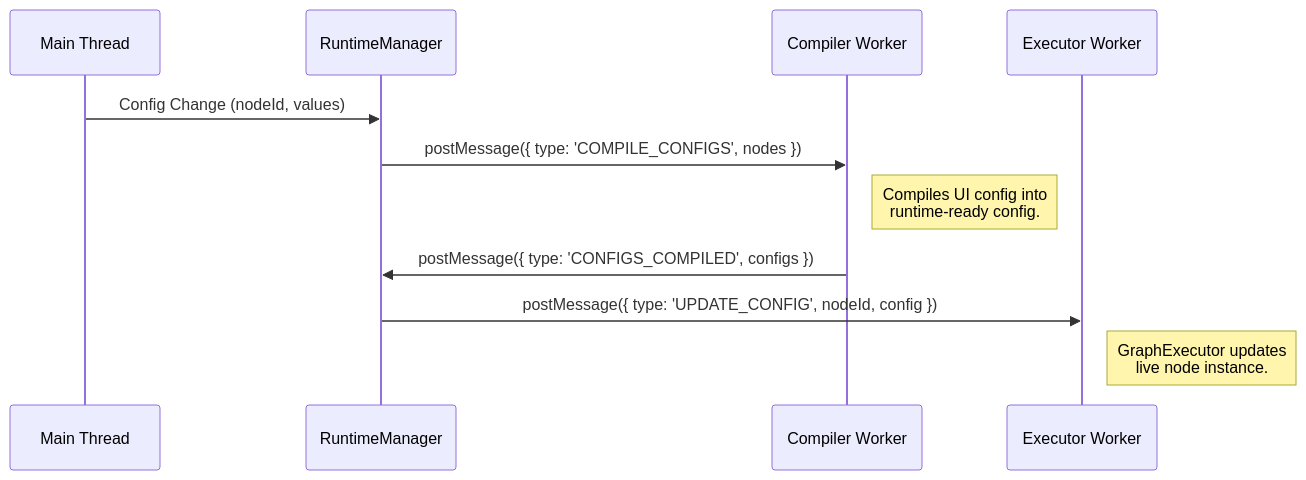
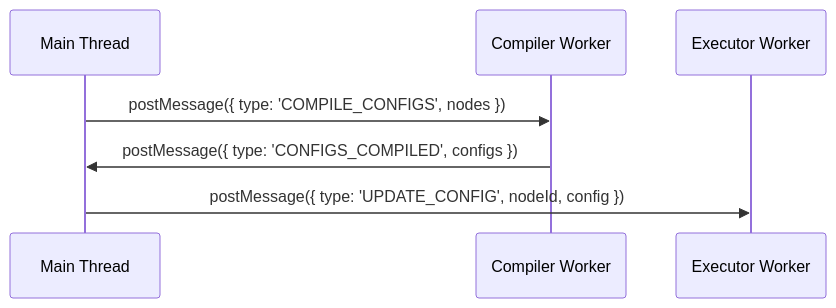
Before and after one commit to nattos/nano-repatch: the second of 5 diagrams in docs/execution_flow.md, drawn with Mermaid. The commit also changed other lines of this file and 19 other files, not shown here.

````diff
--- a/docs/execution_flow.md
+++ b/docs/execution_flow.md
@@ -41,14 +42,10 @@
 ```mermaid
 sequenceDiagram
     participant UI as Main Thread
-    participant RM as RuntimeManager
     participant CW as Compiler Worker
     participant EW as Executor Worker
 
-    UI->>RM: Config Change (nodeId, values)
-    RM->>CW: postMessage({ type: 'COMPILE_CONFIGS', nodes })
-    Note right of CW: Compiles UI config into<br/>runtime-ready config.
-    CW->>RM: postMessage({ type: 'CONFIGS_COMPILED', configs })
-    RM->>EW: postMessage({ type: 'UPDATE_CONFIG', nodeId, config })
-    Note right of EW: GraphExecutor updates<br/>live node instance.
+    UI->>CW: postMessage({ type: 'COMPILE_CONFIGS', nodes })
+    CW->>UI: postMessage({ type: 'CONFIGS_COMPILED', configs })
+    UI->>EW: postMessage({ type: 'UPDATE_CONFIG', nodeId, config })
 ```
````
